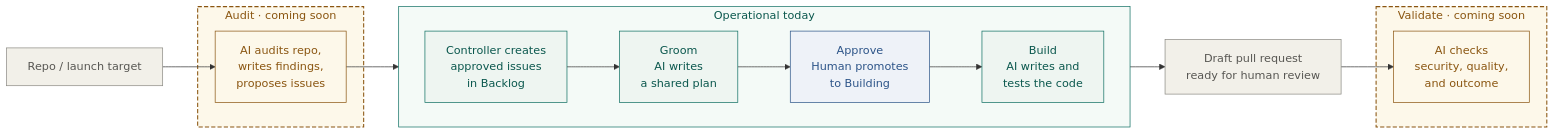
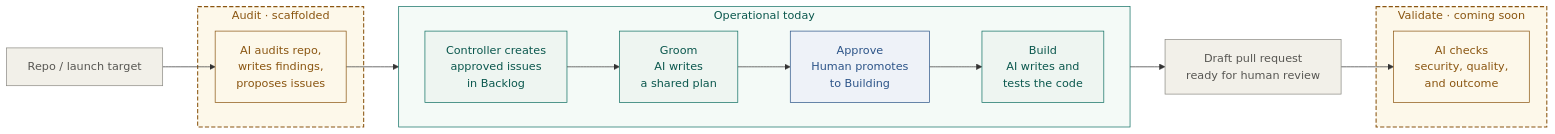
One commit to Calibrax-ai/autoship changed the second of 2 diagrams in docs/architecture/system-overview.md. Above: the diagram before and after it, drawn with Mermaid. The commit also changed other lines of this file and 45 other files, not shown here.

````diff
--- a/docs/architecture/system-overview.md
+++ b/docs/architecture/system-overview.md
@@ -91,42 +95,42 @@
 ```mermaid
 flowchart LR
     R["Repo / launch target"]
 
-    subgraph FUT1 ["Audit · coming soon"]
+    subgraph FUT1 ["Audit · scaffolded"]
       A["AI audits repo,<br/>writes findings,<br/>proposes issues"]
     end
 
     subgraph TODAY ["Operational today"]
       direction LR
       BQ["Controller creates<br/>approved issues<br/>in Backlog"]
       G["Groom<br/>AI writes<br/>a shared plan"]
       HA["Approve<br/>Human promotes<br/>to Building"]
       B["Build<br/>AI writes and<br/>tests the code"]
       BQ --> G --> HA --> B
     end
 
     subgraph FUT2 ["Validate · coming soon"]
       V["AI checks<br/>security, quality,<br/>and outcome"]
     end
 
     PR["Draft pull request<br/>ready for human review"]
 
     R --> A
     A --> BQ
     B --> PR
     PR --> V
 
     classDef live fill:#eef5f1,stroke:#0d6e61,color:#0a574d
     classDef human fill:#eef2f8,stroke:#2c5488,color:#2c5488
     classDef ext fill:#f2f0e9,stroke:#8a8983,color:#575652
     classDef fut fill:#fdf8ea,stroke:#8a5510,color:#8a5510
 
     class BQ,G,B live
     class HA human
     class R,PR ext
     class A,V fut
 
     style FUT1 fill:#fdf8ea,stroke:#8a5510,stroke-width:1.5px,stroke-dasharray: 6 3,color:#8a5510
     style FUT2 fill:#fdf8ea,stroke:#8a5510,stroke-width:1.5px,stroke-dasharray: 6 3,color:#8a5510
     style TODAY fill:#f4faf7,stroke:#0d6e61,stroke-width:1px,color:#0a574d
 ```
````
